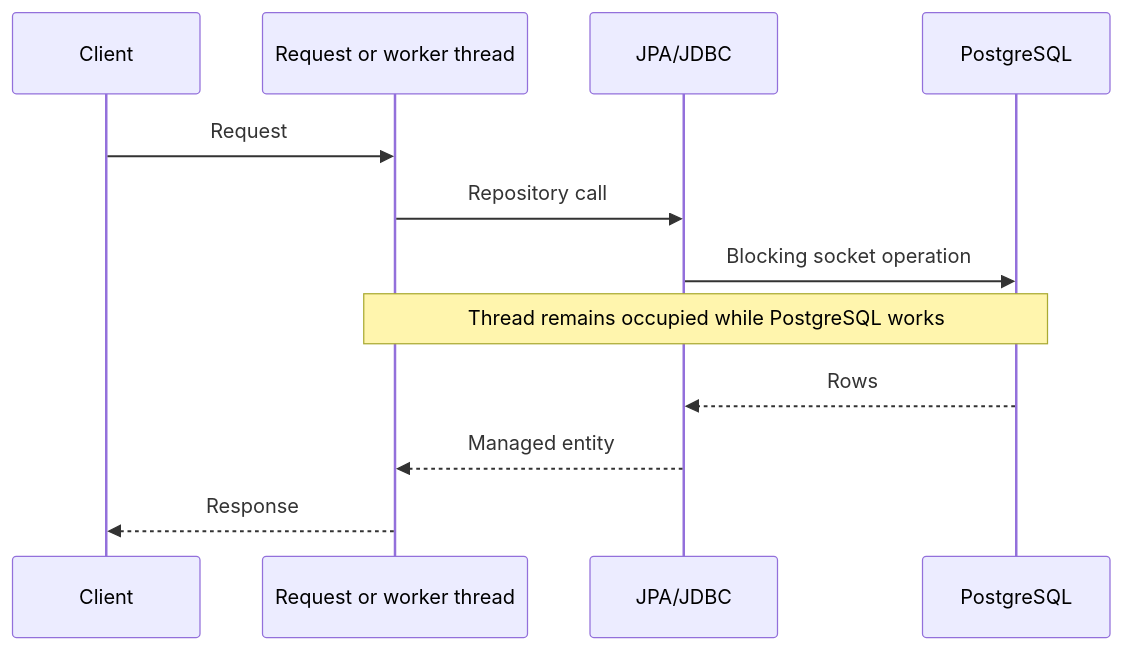
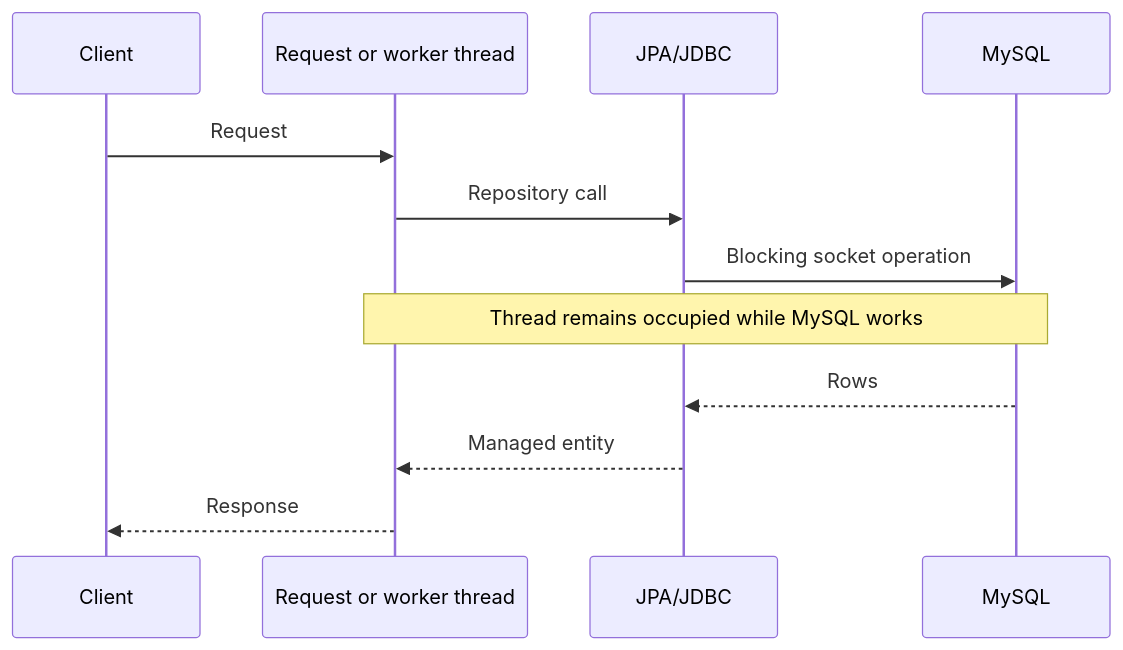
The first of 2 diagrams in docs/R2DBC_MIGRATION.md (ghkdqhrbals/buddy-studdy), drawn with Mermaid before and after one commit. The commit also changed other lines of this file and 113 other files, not shown here.

````diff
--- a/docs/R2DBC_MIGRATION.md
+++ b/docs/R2DBC_MIGRATION.md
@@ -22,15 +22,15 @@
 ```mermaid
 sequenceDiagram
     participant C as Client
     participant T as Request or worker thread
     participant J as JPA/JDBC
-    participant P as PostgreSQL
+    participant P as MySQL
 
     C->>T: Request
     T->>J: Repository call
     J->>P: Blocking socket operation
-    Note over T,P: Thread remains occupied while PostgreSQL works
+    Note over T,P: Thread remains occupied while MySQL works
     P-->>J: Rows
     J-->>T: Managed entity
     T-->>C: Response
 ```
````
